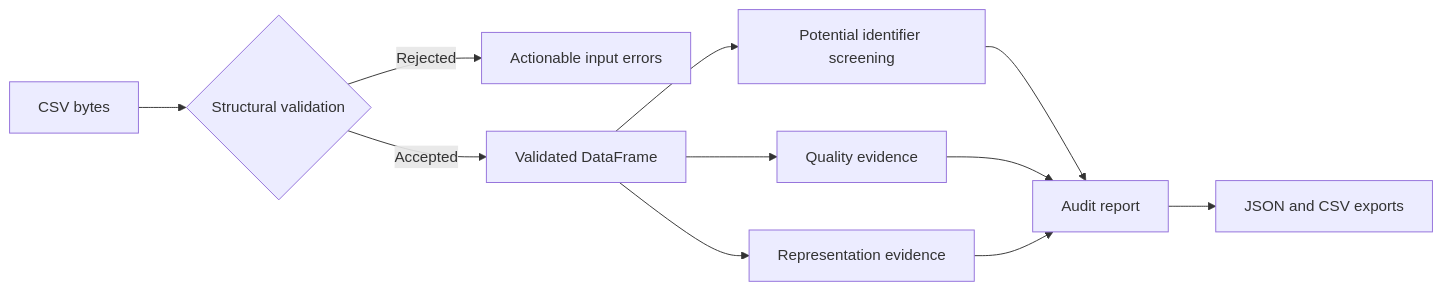
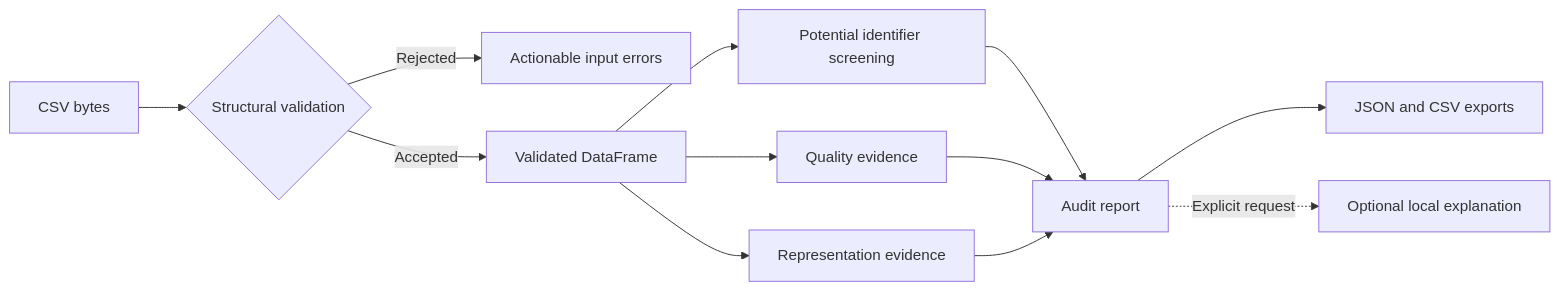
One commit to shivamsinghlive/the_medguard changed the diagram in README.md. Above: the diagram before and after it, drawn with Mermaid. The commit also changed other lines of this file and 8 other files, not shown here.

````diff
--- a/README.md
+++ b/README.md
@@ -51,13 +53,14 @@
 ```mermaid
 flowchart LR
     A[CSV bytes] --> B{Structural validation}
     B -->|Rejected| C[Actionable input errors]
     B -->|Accepted| D[Validated DataFrame]
     D --> E[Potential identifier screening]
     D --> F[Quality evidence]
     D --> G[Representation evidence]
     E --> H[Audit report]
     F --> H
     G --> H
     H --> I[JSON and CSV exports]
+    H -. Explicit request .-> J[Optional local explanation]
 ```
````
